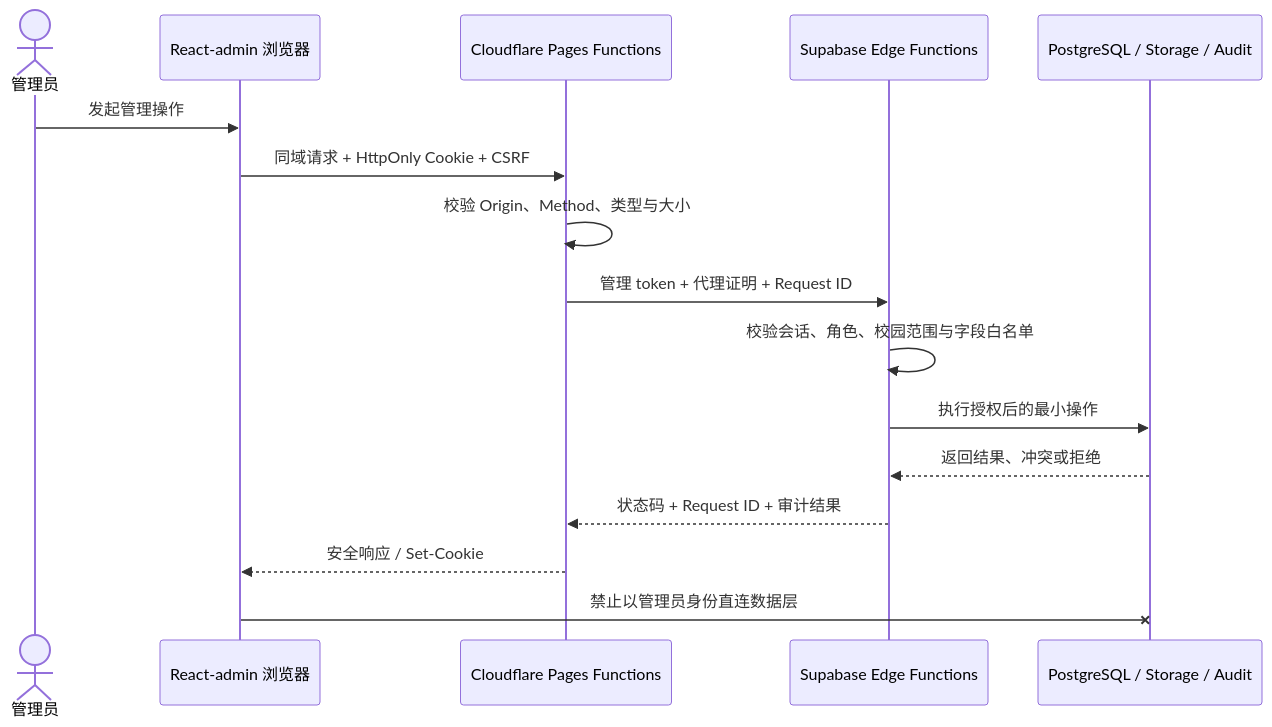
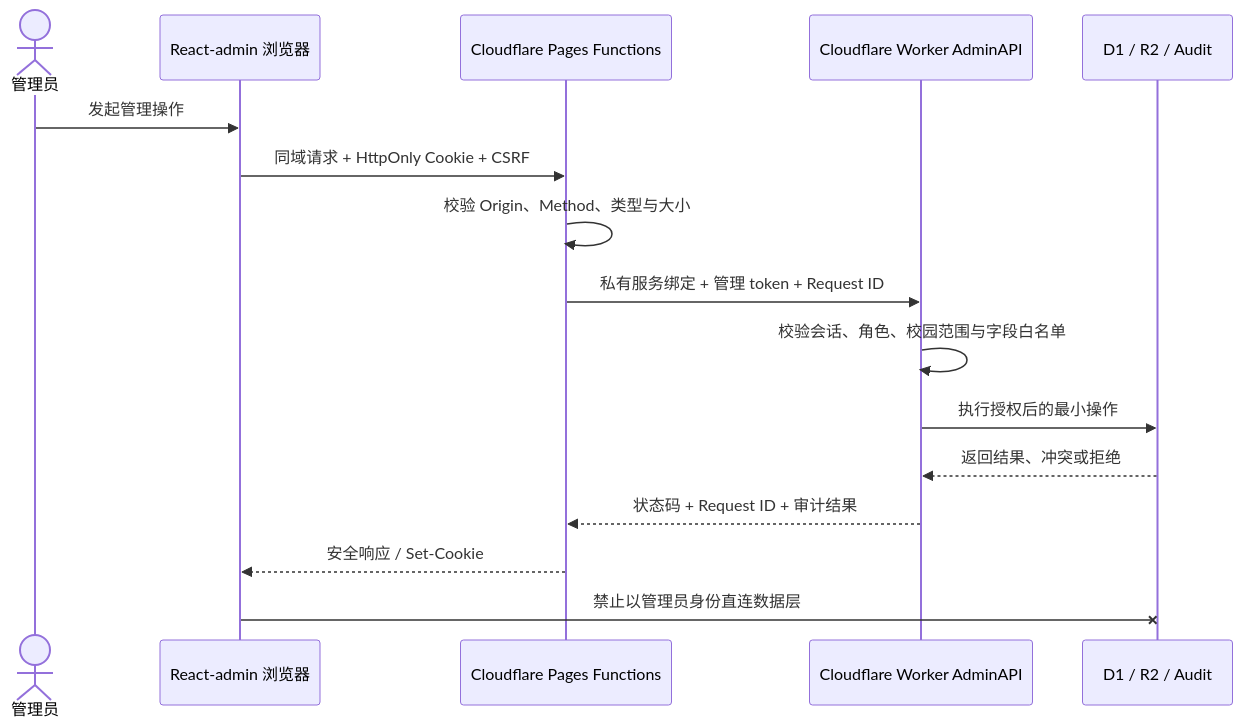
The diagram in docs/engineering/admin-console.md (IsaacHuo/MyLeafy), drawn with Mermaid before and after one commit. The commit also changed other lines of this file and 36 other files, not shown here.

````diff
--- a/docs/engineering/admin-console.md
+++ b/docs/engineering/admin-console.md
@@ -9,19 +9,19 @@
 ```mermaid
 sequenceDiagram
     actor Admin as 管理员
     participant Browser as React-admin 浏览器
     participant Proxy as Cloudflare Pages Functions
-    participant Edge as Supabase Edge Functions
-    participant Data as PostgreSQL / Storage / Audit
+    participant Edge as Cloudflare Worker AdminAPI
+    participant Data as D1 / R2 / Audit
 
     Admin->>Browser: 发起管理操作
     Browser->>Proxy: 同域请求 + HttpOnly Cookie + CSRF
     Proxy->>Proxy: 校验 Origin、Method、类型与大小
-    Proxy->>Edge: 管理 token + 代理证明 + Request ID
+    Proxy->>Edge: 私有服务绑定 + 管理 token + Request ID
     Edge->>Edge: 校验会话、角色、校园范围与字段白名单
     Edge->>Data: 执行授权后的最小操作
     Data-->>Edge: 返回结果、冲突或拒绝
     Edge-->>Proxy: 状态码 + Request ID + 审计结果
     Proxy-->>Browser: 安全响应 / Set-Cookie
     Browser-xData: 禁止以管理员身份直连数据层
 ```
````
